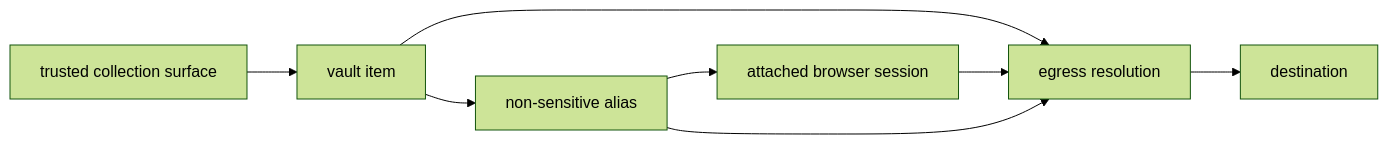
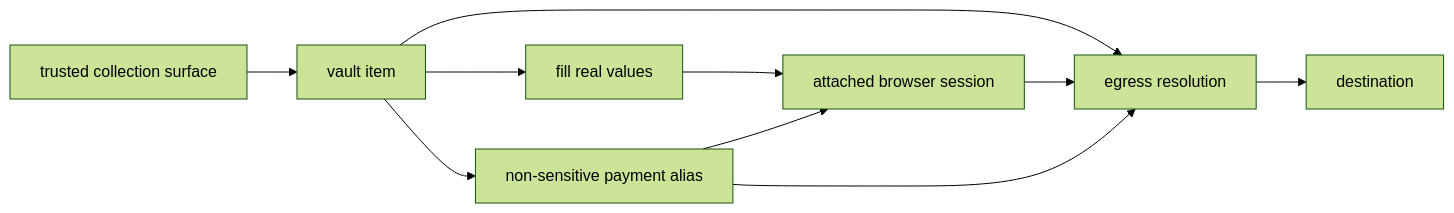
The diagram in vaults.mdx (kernel/docs), drawn with Mermaid (forest theme) before and after one commit. The commit also changed other lines of this file and 8 other files, not shown here.

````diff
--- a/vaults.mdx
+++ b/vaults.mdx
@@ -82,10 +85,12 @@
 ```mermaid
 flowchart LR
   T[trusted collection surface] --> I[vault item]
-  I --> A[non-sensitive alias]
+  I --> F[fill real values]
+  F --> B[attached browser session]
+  I --> A[non-sensitive payment alias]
   A --> B[attached browser session]
   I --> E[egress resolution]
   B --> E
   A --> E
   E --> D[destination]
 ```
````
